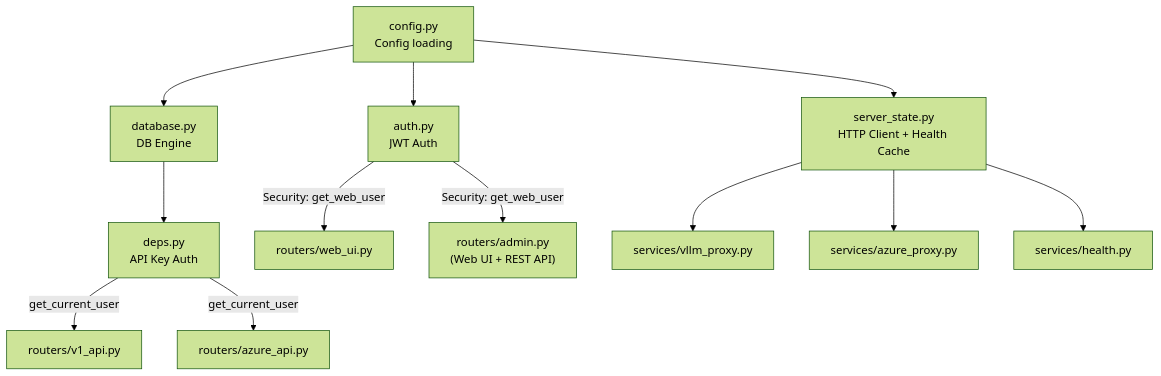
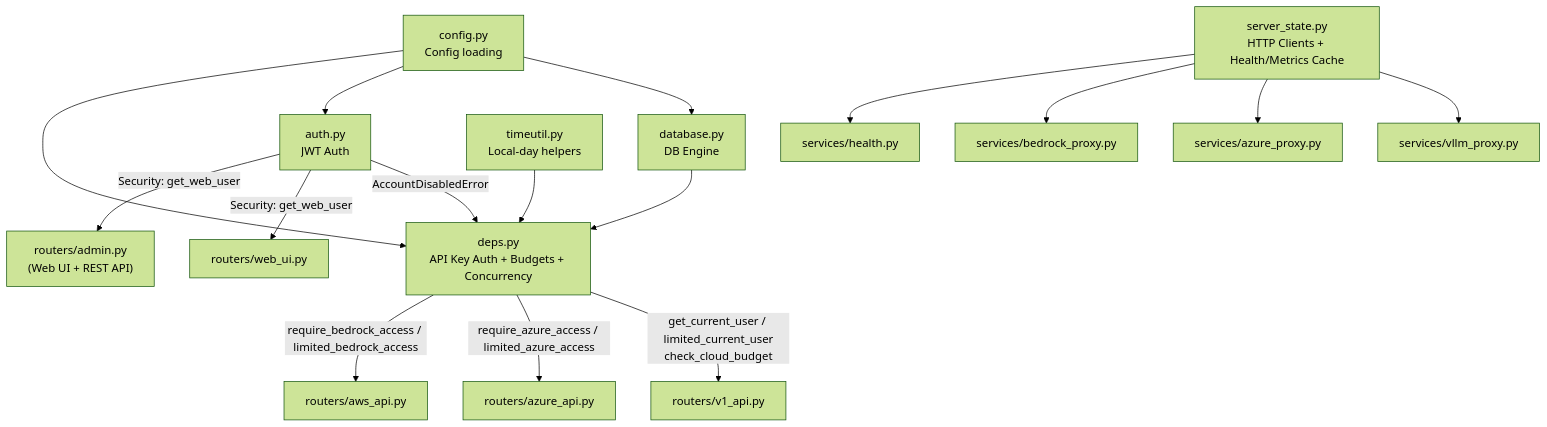
Before and after one commit to bwinken/llm-gateway: the diagram in app/core/README.md, drawn with Mermaid (forest theme). The commit also changed other lines of this file and 2 other files, not shown here.

````diff
--- a/app/core/README.md
+++ b/app/core/README.md
@@ -9,14 +9,18 @@
 ```mermaid
 graph TD
     config["config.py<br/>Config loading"] --> database["database.py<br/>DB Engine"]
     config --> auth["auth.py<br/>JWT Auth"]
-    config --> server_state["server_state.py<br/>HTTP Client + Health Cache"]
-    database --> deps["deps.py<br/>API Key Auth"]
+    config --> deps["deps.py<br/>API Key Auth + Budgets + Concurrency"]
+    database --> deps
+    timeutil["timeutil.py<br/>Local-day helpers"] --> deps
+    auth --> |AccountDisabledError| deps
     auth --> |Security: get_web_user| WebUI["routers/web_ui.py"]
     auth --> |Security: get_web_user| Admin["routers/admin.py<br/>(Web UI + REST API)"]
-    deps --> |get_current_user| LLM_API["routers/v1_api.py"]
-    deps --> |get_current_user| AzureAPI["routers/azure_api.py"]
-    server_state --> VllmProxy["services/vllm_proxy.py"]
+    deps --> |get_current_user / limited_current_user<br/>check_cloud_budget| LLM_API["routers/v1_api.py"]
+    deps --> |require_azure_access / limited_azure_access| AzureAPI["routers/azure_api.py"]
+    deps --> |require_bedrock_access / limited_bedrock_access| AwsAPI["routers/aws_api.py"]
+    server_state["server_state.py<br/>HTTP Clients + Health/Metrics Cache"] --> VllmProxy["services/vllm_proxy.py"]
     server_state --> AzureProxy["services/azure_proxy.py"]
+    server_state --> BedrockProxy["services/bedrock_proxy.py"]
     server_state --> Health["services/health.py"]
 ```
````
